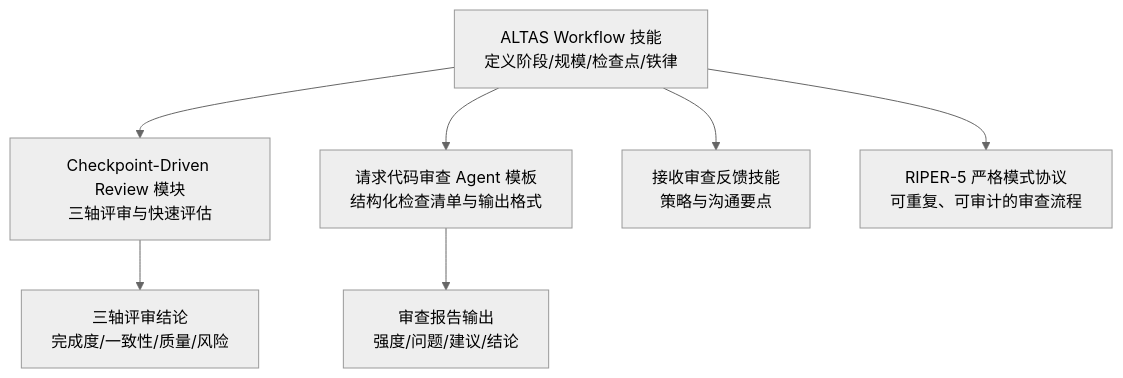
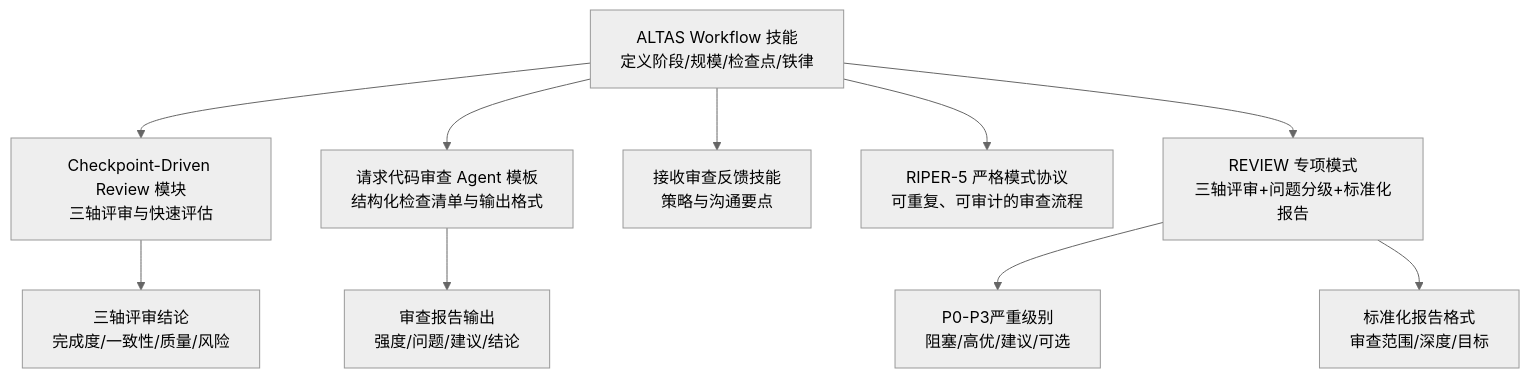
The first of 7 diagrams in .qoder/repowiki/zh/content/超级能力模块/代码审查流程.md (AngelWings1997/altas), drawn with Mermaid (neutral theme) before and after one commit. The commit also changed other lines of this file and 2 other files, not shown here.

````diff
--- a/.qoder/repowiki/zh/content/超级能力模块/代码审查流程.md
+++ b/.qoder/repowiki/zh/content/超级能力模块/代码审查流程.md
@@ -37,9 +53,12 @@
 ```mermaid
 graph TB
 A["ALTAS Workflow 技能<br/>定义阶段/规模/检查点/铁律"] --> B["Checkpoint-Driven Review 模块<br/>三轴评审与快速评估"]
 A --> C["请求代码审查 Agent 模板<br/>结构化检查清单与输出格式"]
 A --> D["接收审查反馈技能<br/>策略与沟通要点"]
 A --> E["RIPER-5 严格模式协议<br/>可重复、可审计的审查流程"]
-C --> F["审查报告输出<br/>强度/问题/建议/结论"]
-B --> G["三轴评审结论<br/>完成度/一致性/质量/风险"]
+A --> F["REVIEW 专项模式<br/>三轴评审+问题分级+标准化报告"]
+C --> G["审查报告输出<br/>强度/问题/建议/结论"]
+B --> H["三轴评审结论<br/>完成度/一致性/质量/风险"]
+F --> I["P0-P3严重级别<br/>阻塞/高优/建议/可选"]
+F --> J["标准化报告格式<br/>审查范围/深度/目标"]
 ```
````
